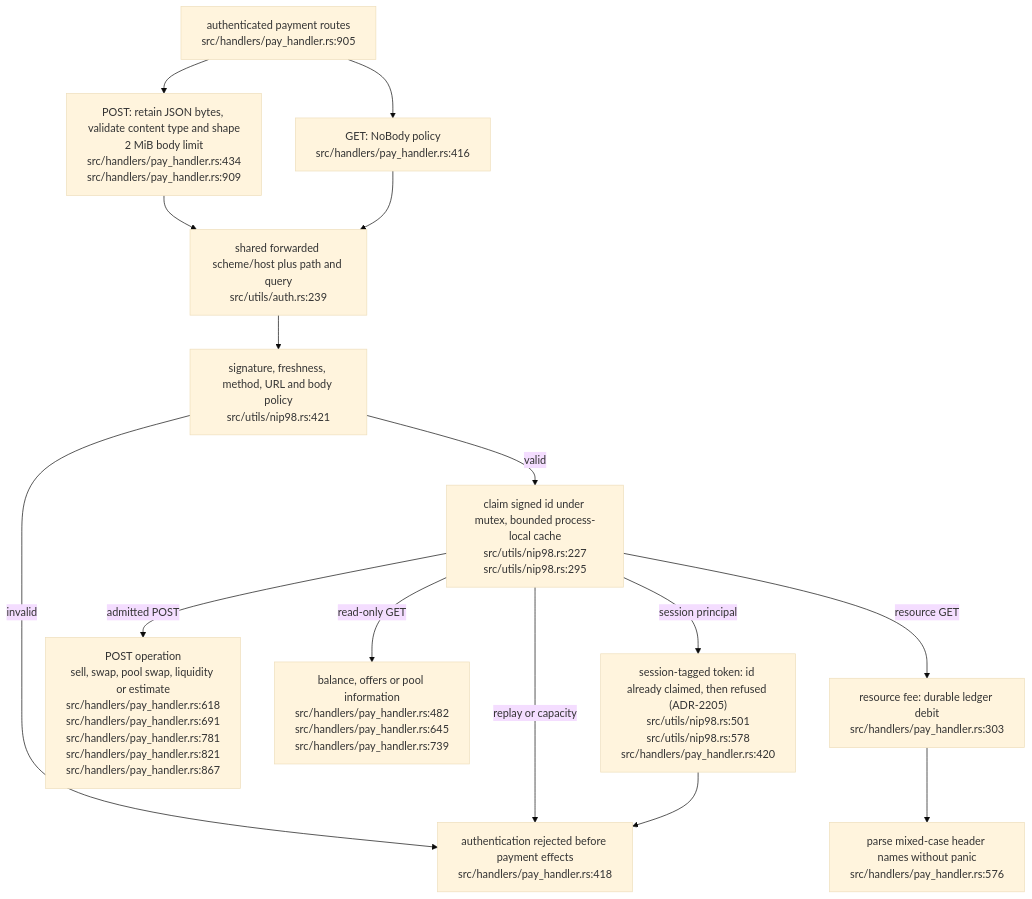
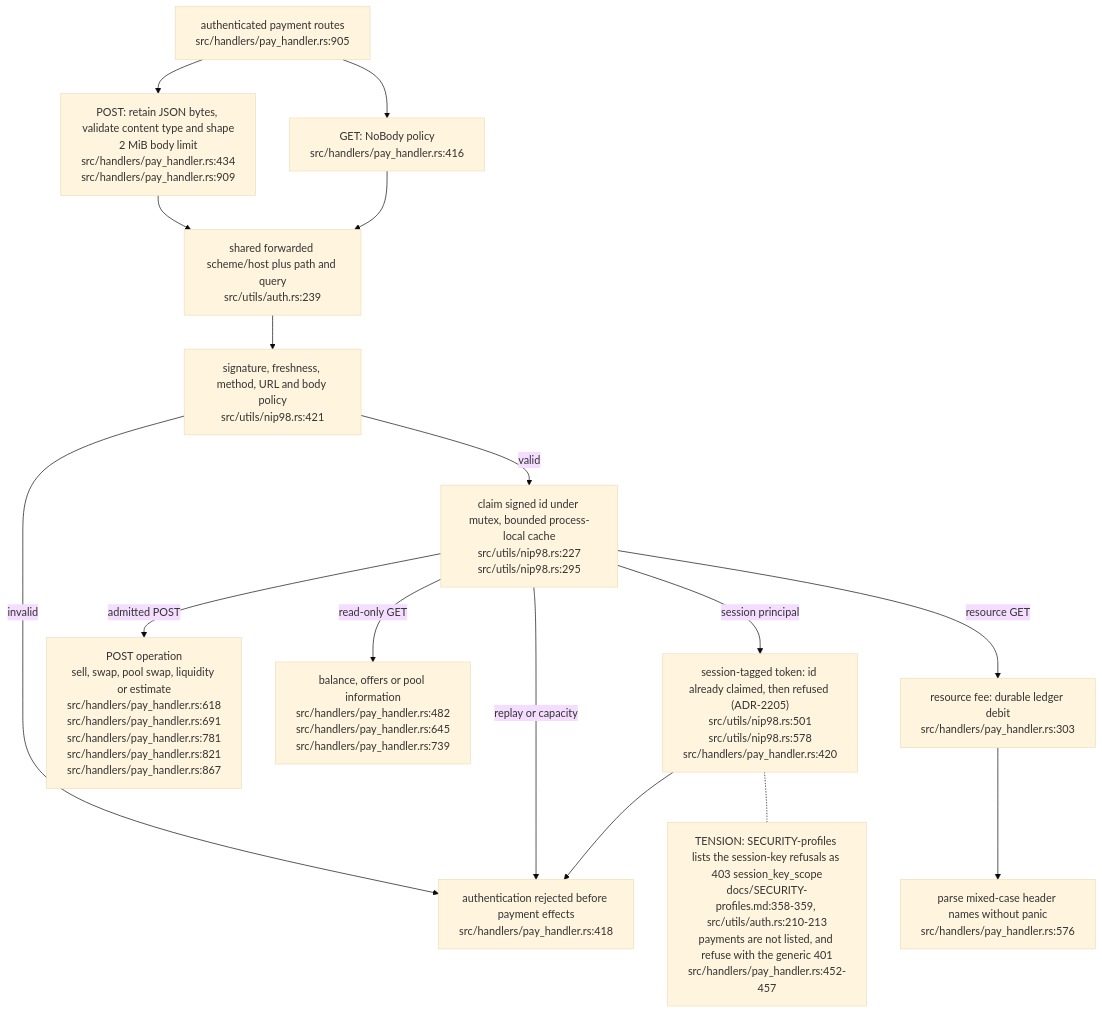
The first of 2 diagrams in docs/diagrams/visionclaw/55-payment-authentication.md (DreamLab-AI/VisionFlow), drawn with Mermaid (base theme) before and after one commit. The commit also changed other lines of this file and 1 other file, not shown here.

First line of the commit message:
diagrams(visionclaw): register-safe markers in VC-58, session-key scope tension in VC-55

````diff
--- a/docs/diagrams/visionclaw/55-payment-authentication.md
+++ b/docs/diagrams/visionclaw/55-payment-authentication.md
@@ -25,29 +26,30 @@
 ```mermaid
 flowchart TD
     ROUTE["authenticated payment routes<br/>src/handlers/pay_handler.rs:905"]
     BODY["POST: retain JSON bytes, validate content type and shape<br/>2 MiB body limit<br/>src/handlers/pay_handler.rs:434<br/>src/handlers/pay_handler.rs:909"]
     GET["GET: NoBody policy<br/>src/handlers/pay_handler.rs:416"]
     URL["shared forwarded scheme/host plus path and query<br/>src/utils/auth.rs:239"]
     VERIFY["signature, freshness, method, URL and body policy<br/>src/utils/nip98.rs:421"]
     CLAIM["claim signed id under mutex, bounded process-local cache<br/>src/utils/nip98.rs:227<br/>src/utils/nip98.rs:295"]
     SESSION["session-tagged token: id already claimed, then refused (ADR-2205)<br/>src/utils/nip98.rs:501<br/>src/utils/nip98.rs:578<br/>src/handlers/pay_handler.rs:420"]
     REJECT["authentication rejected before payment effects<br/>src/handlers/pay_handler.rs:418"]
     EFFECT["POST operation<br/>sell, swap, pool swap, liquidity or estimate<br/>src/handlers/pay_handler.rs:618<br/>src/handlers/pay_handler.rs:691<br/>src/handlers/pay_handler.rs:781<br/>src/handlers/pay_handler.rs:821<br/>src/handlers/pay_handler.rs:867"]
     READ["balance, offers or pool information<br/>src/handlers/pay_handler.rs:482<br/>src/handlers/pay_handler.rs:645<br/>src/handlers/pay_handler.rs:739"]
     CHARGE["resource fee: durable ledger debit<br/>src/handlers/pay_handler.rs:303"]
     RESPONSE["parse mixed-case header names without panic<br/>src/handlers/pay_handler.rs:576"]
     ROUTE --> BODY
     ROUTE --> GET
     BODY --> URL
     GET --> URL
     URL --> VERIFY
     VERIFY -->|invalid| REJECT
     VERIFY -->|valid| CLAIM
     CLAIM -->|replay or capacity| REJECT
     CLAIM -->|session principal| SESSION
     SESSION --> REJECT
+    SESSION -.- TSCOPE["TENSION: SECURITY-profiles lists the session-key refusals as 403 session_key_scope<br/>docs/SECURITY-profiles.md:358-359, src/utils/auth.rs:210-213<br/>payments are not listed, and refuse with the generic 401<br/>src/handlers/pay_handler.rs:452-457"]
     CLAIM -->|admitted POST| EFFECT
     CLAIM -->|read-only GET| READ
     CLAIM -->|resource GET| CHARGE
     CHARGE --> RESPONSE
 ```
````
